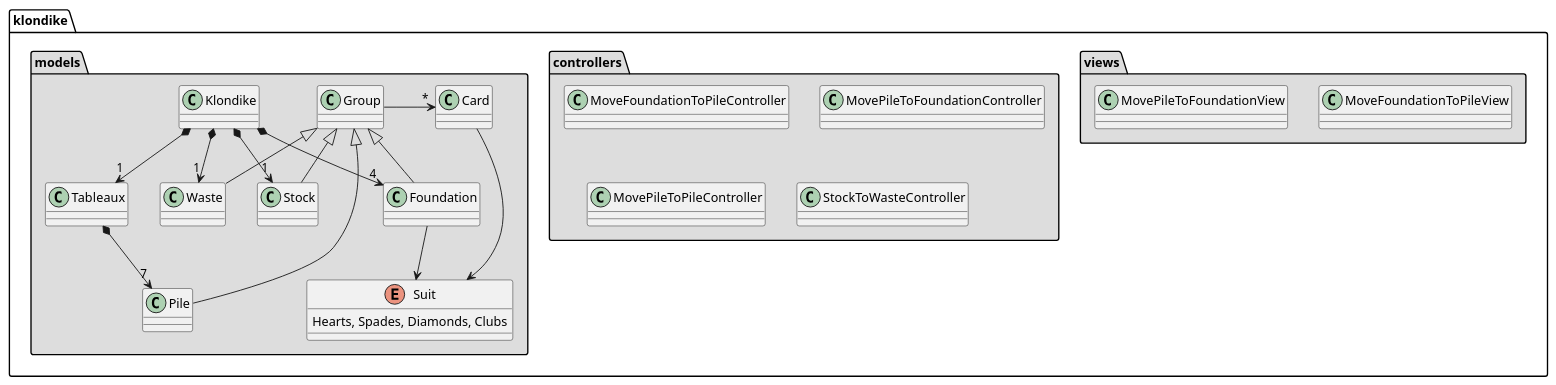
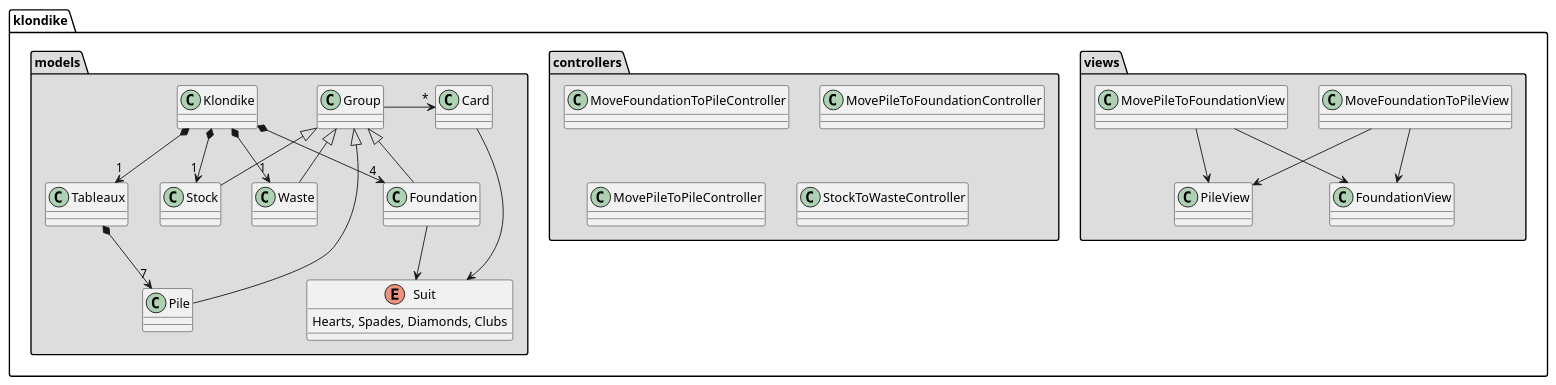
The diagram in analysis/architecture/package_diagram.puml (ciscoruiz/klondike), drawn with PlantUML before and after one commit. The commit also changed 1 other file, not shown here.

Commit message:
Define reusable views for MoveFoundationToPileView and MovePileToFoundationView

```diff
--- a/analysis/architecture/package_diagram.puml
+++ b/analysis/architecture/package_diagram.puml
@@ -1,38 +1,47 @@
 @startuml
 package "klondike.views" #DDDDDD {
    class MoveFoundationToPileView
    class MovePileToFoundationView
+
+   class PileView
+   class FoundationView
+
+   MoveFoundationToPileView -down-> PileView
+   MoveFoundationToPileView -down-> FoundationView
+
+   MovePileToFoundationView -down-> PileView
+   MovePileToFoundationView -down-> FoundationView
 }
 
 package "klondike.controllers" #DDDDDD {
    class MoveFoundationToPileController
    class MovePileToFoundationController
    class MovePileToPileController
    class StockToWasteController
 }
 
 package "klondike.models" #DDDDDD {
 
    enum Suit {
     Hearts, Spades, Diamonds, Clubs
    }
 
    Card --> Suit
 
    Group -> "*" Card
    Group <|-down- Pile
    Group <|-down- Stock
    Group <|-down- Waste
    Group <|-down- Foundation
 
 
    Tableaux *-down-> "7" Pile
    Klondike *-down-> "1" Stock
    Klondike *-down-> "1" Waste
    Klondike *-down-> "1" Tableaux
    Klondike *-down-> "4" Foundation
 
    Foundation --> Suit
 }
 
 @enduml
```
